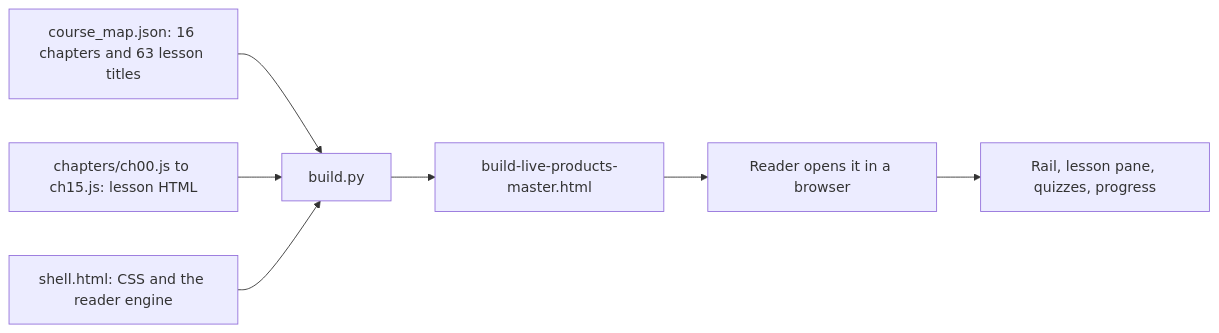
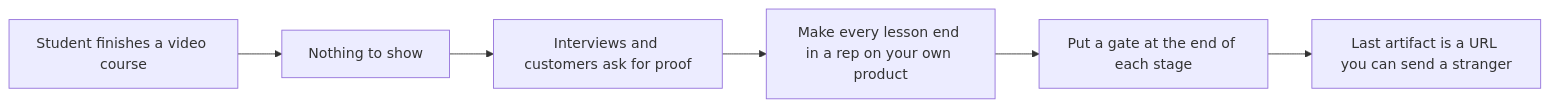
One commit to therohitji/build-live-products changed the first of 2 diagrams in README.md. Above: the diagram before and after it, drawn with Mermaid. The commit also changed other lines of this file, not shown here.

````diff
--- a/README.md
+++ b/README.md
@@ -45,9 +14,8 @@
 ```mermaid
 flowchart LR
-  A["course_map.json: 16 chapters and 63 lesson titles"] --> D["build.py"]
-  B["chapters/ch00.js to ch15.js: lesson HTML"] --> D
-  C["shell.html: CSS and the reader engine"] --> D
-  D --> E["build-live-products-master.html"]
-  E --> F["Reader opens it in a browser"]
-  F --> G["Rail, lesson pane, quizzes, progress"]
+  A["Student finishes a video course"] --> B["Nothing to show"]
+  B --> C["Interviews and customers ask for proof"]
+  C --> D["Make every lesson end in a rep on your own product"]
+  D --> E["Put a gate at the end of each stage"]
+  E --> F["Last artifact is a URL you can send a stranger"]
 ```
````
